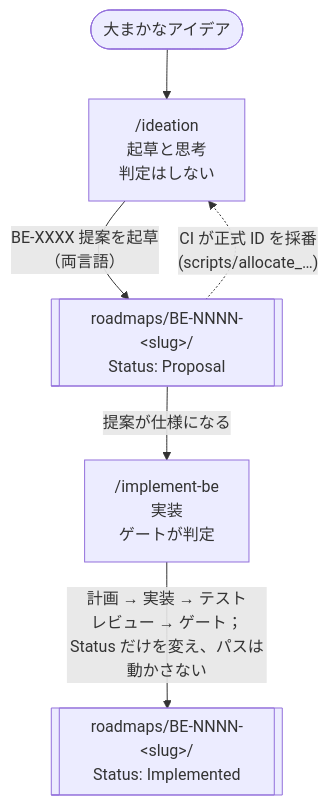
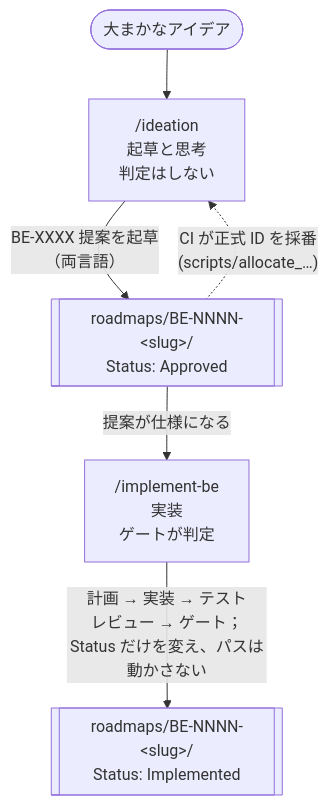
Before and after one commit to bajutsu-e2e/bajutsu: the diagram in docs/ja/roadmap-workflow.md, drawn with Mermaid. The commit also changed other lines of this file and 90 other files, not shown here.

````diff
--- a/docs/ja/roadmap-workflow.md
+++ b/docs/ja/roadmap-workflow.md
@@ -30,14 +30,14 @@
 ```mermaid
 flowchart TB
     idea(["大まかなアイデア"])
     ideation["/ideation<br/>起草と思考<br/>判定はしない"]
-    proposal[["roadmaps/BE-NNNN-&lt;slug&gt;/<br/>Status: Proposal"]]
+    proposal[["roadmaps/BE-NNNN-&lt;slug&gt;/<br/>Status: Approved"]]
     implement["/implement-be<br/>実装<br/>ゲートが判定"]
     implemented[["roadmaps/BE-NNNN-&lt;slug&gt;/<br/>Status: Implemented"]]
 
     idea --> ideation
     ideation -->|"BE-XXXX 提案を起草<br/>（両言語）"| proposal
     proposal -.->|"CI が正式 ID を採番<br/>(scripts/allocate_…)"| ideation
     proposal -->|"提案が仕様になる"| implement
     implement -->|"計画 → 実装 → テスト<br/>レビュー → ゲート；<br/>Status だけを変え、パスは動かさない"| implemented
 ```
````
